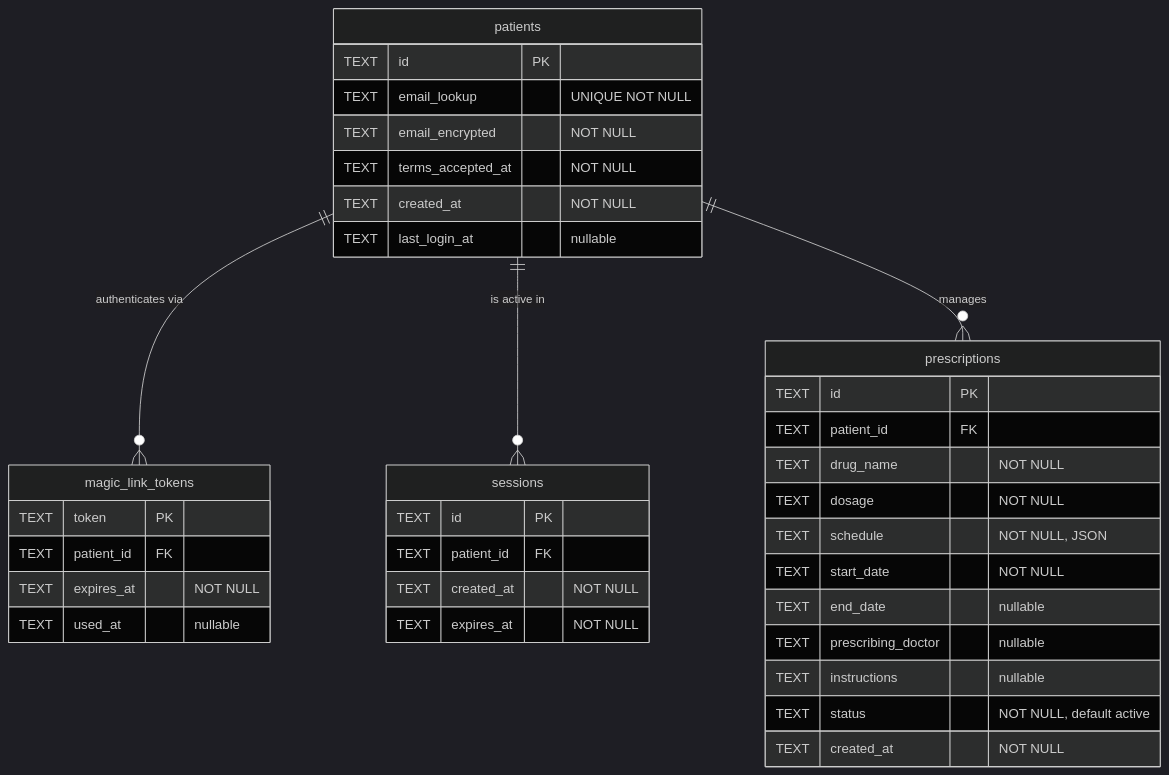
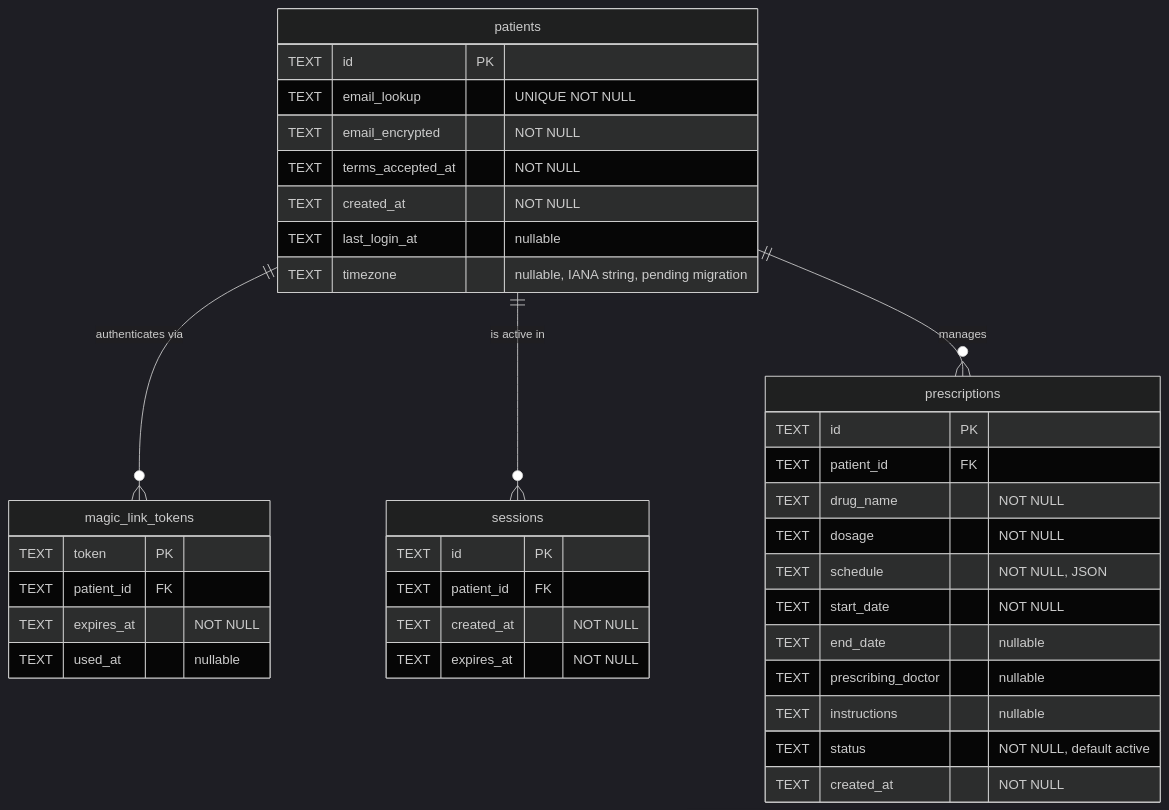
The diagram in CONTEXT.md (ianjmacintosh/pillbug), drawn with Mermaid (dark theme) before and after one commit. The commit also changed other lines of this file and 1 other file, not shown here.

First line of the commit message:
Document patient-level timezone decision and update domain model

````diff
--- a/CONTEXT.md
+++ b/CONTEXT.md
@@ -130,43 +132,44 @@
 ```mermaid
 erDiagram
     patients {
         TEXT id PK
         TEXT email_lookup "UNIQUE NOT NULL"
         TEXT email_encrypted "NOT NULL"
         TEXT terms_accepted_at "NOT NULL"
         TEXT created_at "NOT NULL"
         TEXT last_login_at "nullable"
+        TEXT timezone "nullable, IANA string, pending migration"
     }
 
     magic_link_tokens {
         TEXT token PK
         TEXT patient_id FK
         TEXT expires_at "NOT NULL"
         TEXT used_at "nullable"
     }
 
     sessions {
         TEXT id PK
         TEXT patient_id FK
         TEXT created_at "NOT NULL"
         TEXT expires_at "NOT NULL"
     }
 
     prescriptions {
         TEXT id PK
         TEXT patient_id FK
         TEXT drug_name "NOT NULL"
         TEXT dosage "NOT NULL"
         TEXT schedule "NOT NULL, JSON"
         TEXT start_date "NOT NULL"
         TEXT end_date "nullable"
         TEXT prescribing_doctor "nullable"
         TEXT instructions "nullable"
         TEXT status "NOT NULL, default active"
         TEXT created_at "NOT NULL"
     }
 
     patients ||--o{ magic_link_tokens : "authenticates via"
     patients ||--o{ sessions : "is active in"
     patients ||--o{ prescriptions : "manages"
 ```
````
